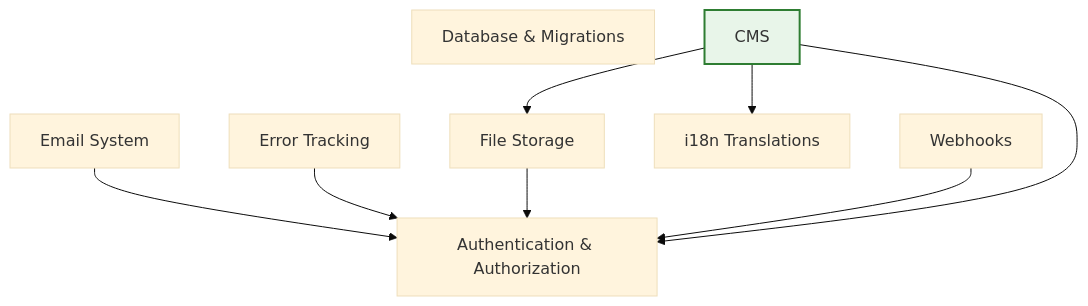
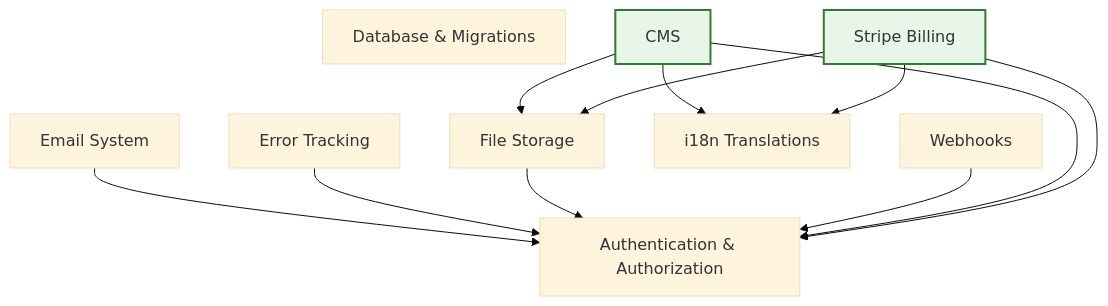
One commit to ADCP-dev/worldbid-api changed the diagram in docs/ARCHITECTURE.md. Above: the diagram before and after it, drawn with Mermaid (base theme). The commit also changed other lines of this file and 83 other files, not shown here.

````diff
--- a/docs/ARCHITECTURE.md
+++ b/docs/ARCHITECTURE.md
@@ -61,20 +62,24 @@
 ```mermaid
 graph TD
   auth["Authentication & Authorization"]
   database["Database & Migrations"]
   email["Email System"]
   error-logging["Error Tracking"]
   storage["File Storage"]
   translations["i18n Translations"]
   webhooks["Webhooks"]
   cms["CMS"]:::ext
+  stripe["Stripe Billing"]:::ext
   email --> auth
   error-logging --> auth
   storage --> auth
   webhooks --> auth
   cms --> auth
   cms --> storage
   cms --> translations
+  stripe --> auth
+  stripe --> storage
+  stripe --> translations
 
   classDef ext fill:#e8f5e9,stroke:#2e7d32,stroke-width:2px;
 ```
````
